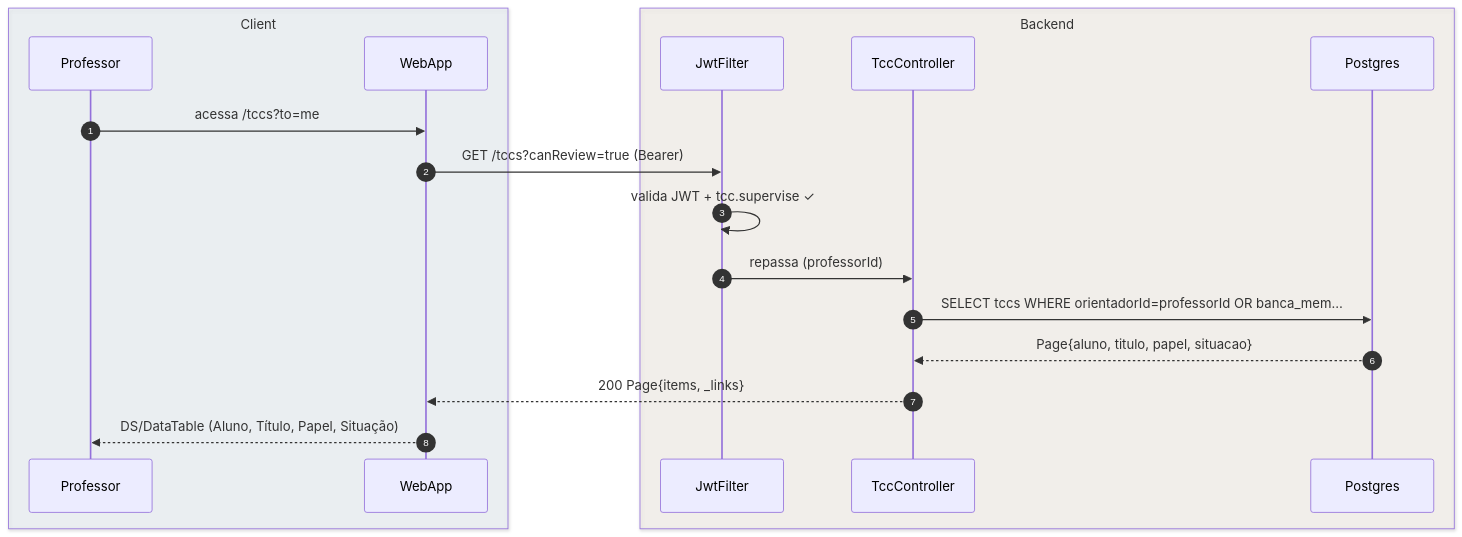
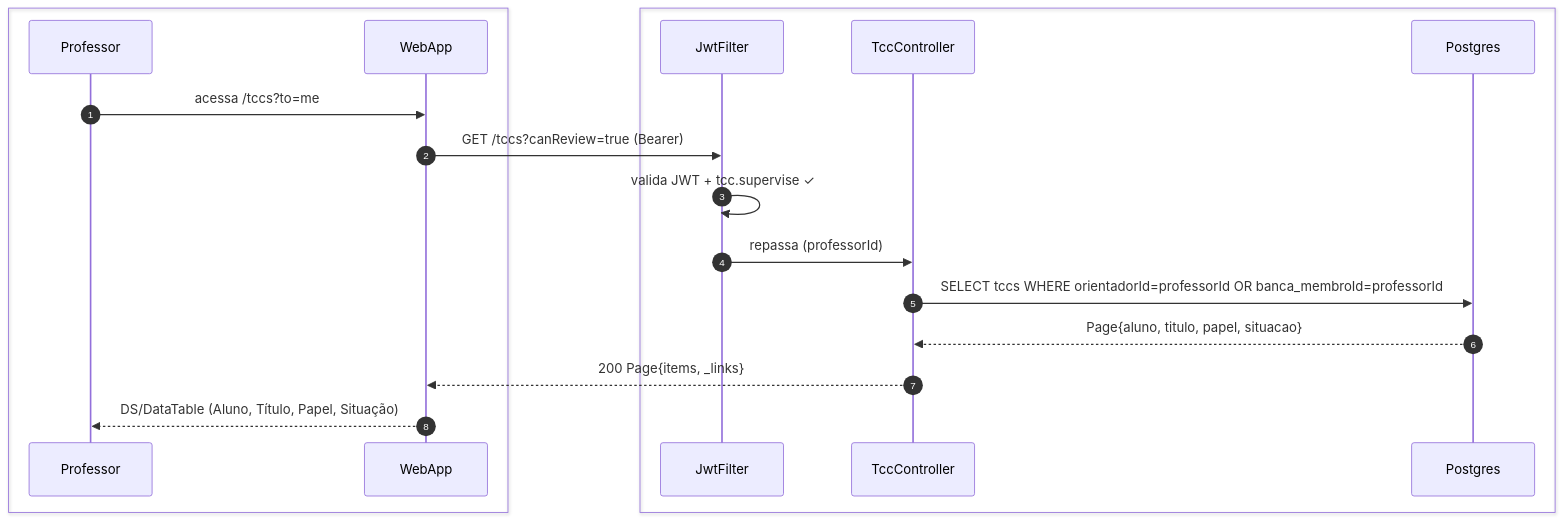
Before and after one commit to umishell/secretariaOnline2: the first of 4 diagrams in foundationDocs/sequenceDiagrams/F3 — Professor/US-F3-006-TCC-ORIENTACAO.md, drawn with Mermaid. The commit also changed other lines of this file and 70 other files, not shown here.

First line of the commit message:
Enhance database documentation and introduce new schema files

````diff
--- a/foundationDocs/sequenceDiagrams/F3 — Professor/US-F3-006-TCC-ORIENTACAO.md
+++ b/foundationDocs/sequenceDiagrams/F3 — Professor/US-F3-006-TCC-ORIENTACAO.md
@@ -54,22 +54,22 @@
 ```mermaid
 sequenceDiagram
     autonumber
-    box rgba(230,245,255,0.3) Client
+    box #e8f4fc Cliente
         participant Professor
         participant WebApp
     end
-    box rgba(255,245,230,0.3) Backend
+    box #fff8ee Servidor
         participant JwtFilter
         participant TccController
         participant Postgres
     end
 
     Professor->>WebApp: acessa /tccs?to=me
     WebApp->>JwtFilter: GET /tccs?canReview=true (Bearer)
     JwtFilter->>JwtFilter: valida JWT + tcc.supervise ✓
     JwtFilter->>TccController: repassa (professorId)
-    TccController->>Postgres: SELECT tccs WHERE orientadorId=professorId OR banca_mem…
+    TccController->>Postgres: SELECT tccs WHERE orientadorId=professorId OR banca_membroId=professorId
     Postgres-->>TccController: Page{aluno, titulo, papel, situacao}
     TccController-->>WebApp: 200 Page{items, _links}
     WebApp-->>Professor: DS/DataTable (Aluno, Título, Papel, Situação)
 ```
````
